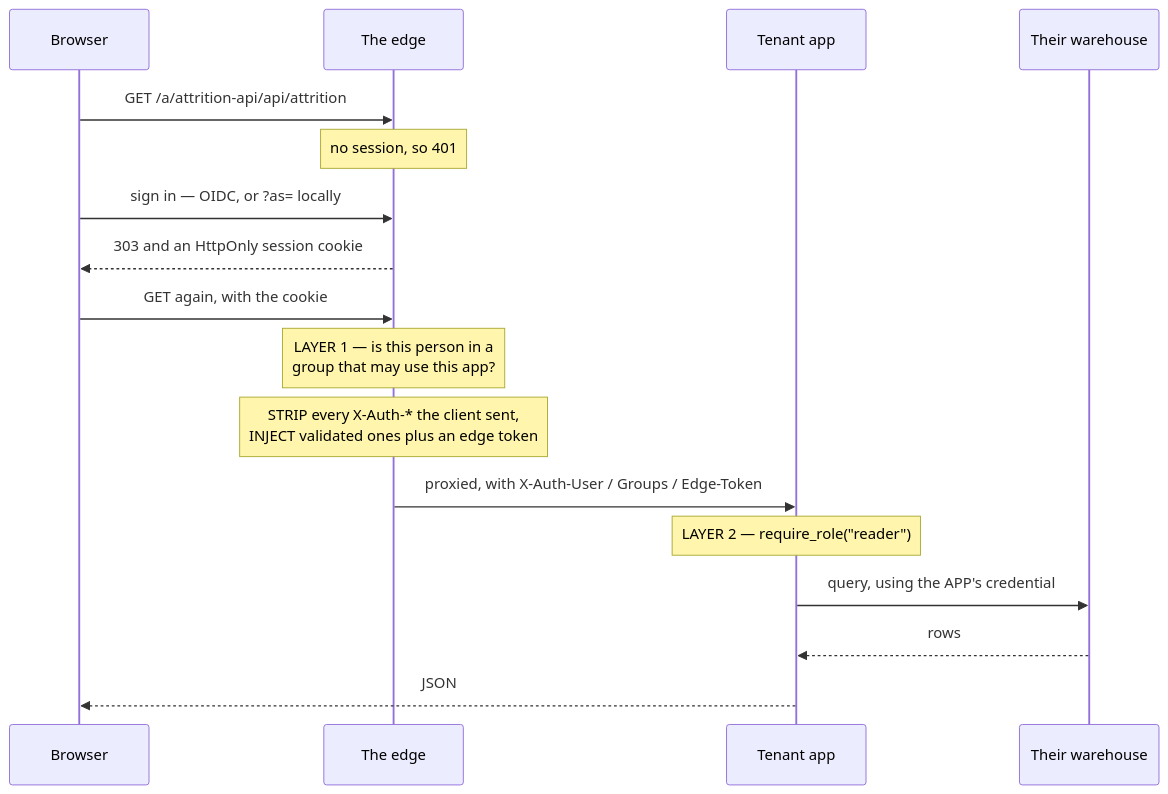
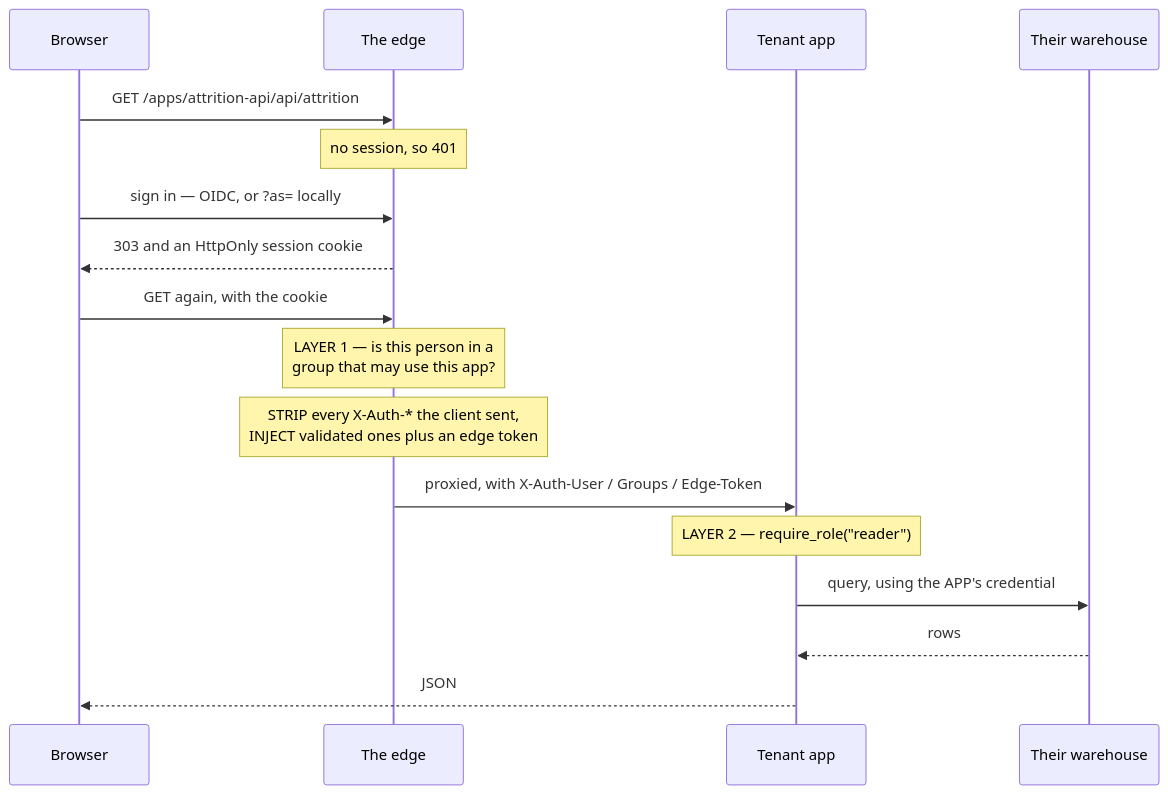
The second of 3 diagrams in docs/ARCHITECTURE.md (KRISHNABR/insights-platform), drawn with Mermaid before and after one commit. The commit also changed other lines of this file and 9 other files, not shown here.

````diff
--- a/docs/ARCHITECTURE.md
+++ b/docs/ARCHITECTURE.md
@@ -206,20 +206,20 @@
 ```mermaid
 sequenceDiagram
     participant B as Browser
     participant E as The edge
     participant A as Tenant app
     participant W as Their warehouse
 
-    B->>E: GET /a/attrition-api/api/attrition
+    B->>E: GET /apps/attrition-api/api/attrition
     Note over E: no session, so 401
     B->>E: sign in — OIDC, or ?as= locally
     E-->>B: 303 and an HttpOnly session cookie
     B->>E: GET again, with the cookie
     Note over E: LAYER 1 — is this person in a<br/>group that may use this app?
     Note over E: STRIP every X-Auth-* the client sent,<br/>INJECT validated ones plus an edge token
     E->>A: proxied, with X-Auth-User / Groups / Edge-Token
     Note over A: LAYER 2 — require_role("reader")
     A->>W: query, using the APP's credential
     W-->>A: rows
     A-->>B: JSON
 ```
````
